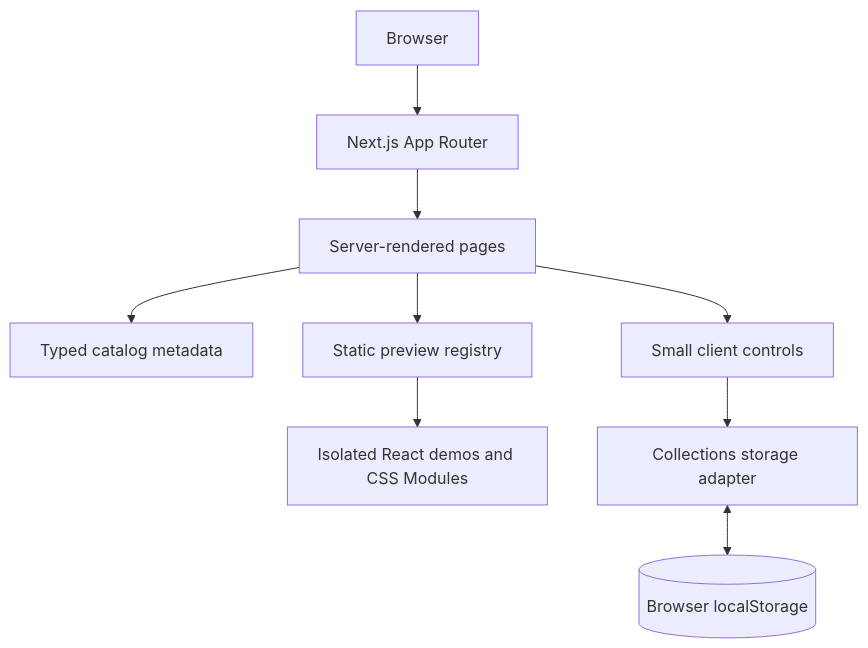
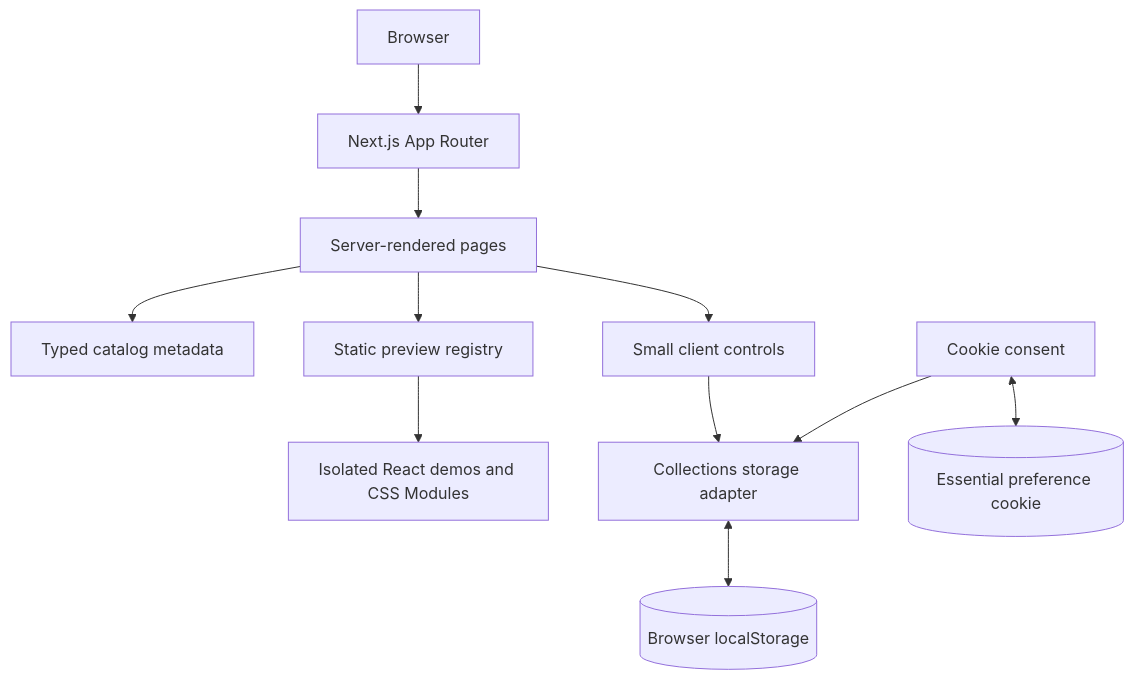
The diagram in docs/ARCHITECTURE.md (abinashsahoo23/Ui-Atlas), drawn with Mermaid before and after one commit. The commit also changed other lines of this file and 35 other files, not shown here.

````diff
--- a/docs/ARCHITECTURE.md
+++ b/docs/ARCHITECTURE.md
@@ -7,11 +7,13 @@
 ```mermaid
 flowchart TD
   Browser[Browser] --> Routes[Next.js App Router]
   Routes --> Pages[Server-rendered pages]
   Pages --> Catalog[Typed catalog metadata]
   Pages --> Registry[Static preview registry]
   Registry --> Demos[Isolated React demos and CSS Modules]
   Pages --> ClientControls[Small client controls]
   ClientControls --> SaveAdapter[Collections storage adapter]
+  Consent[Cookie consent] --> SaveAdapter
+  Consent <--> ConsentCookie[(Essential preference cookie)]
   SaveAdapter <--> LocalStorage[(Browser localStorage)]
 ```
````
